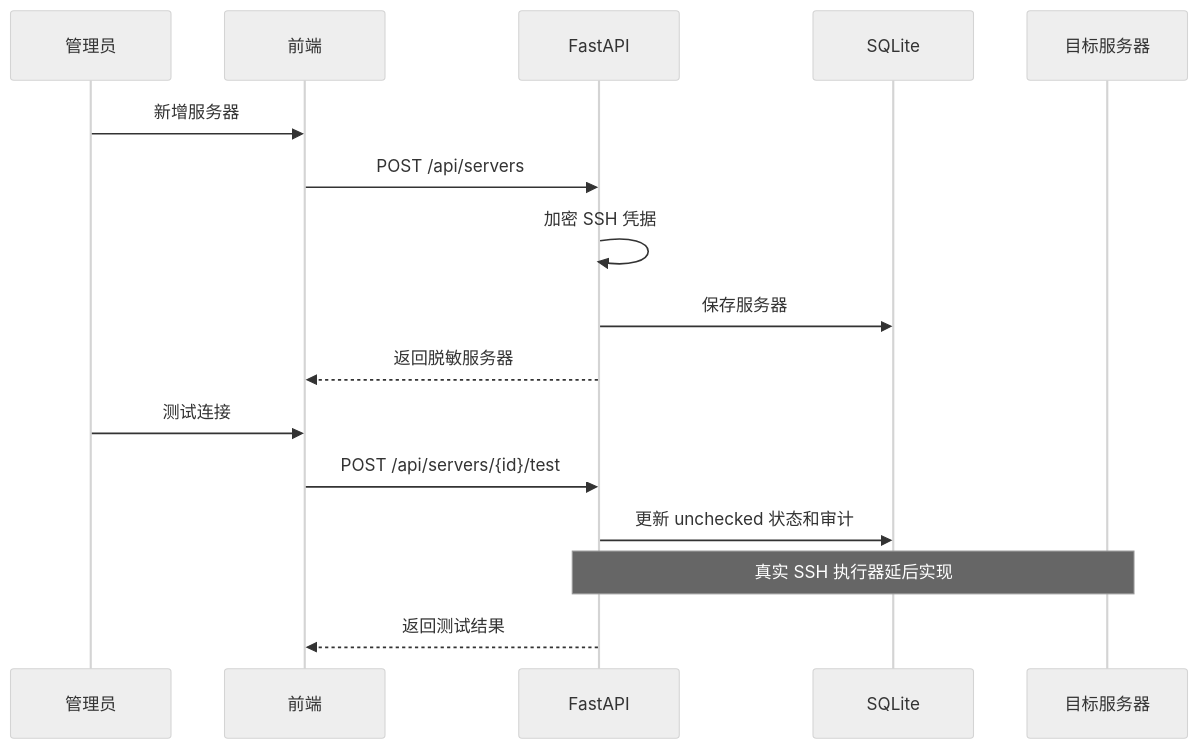
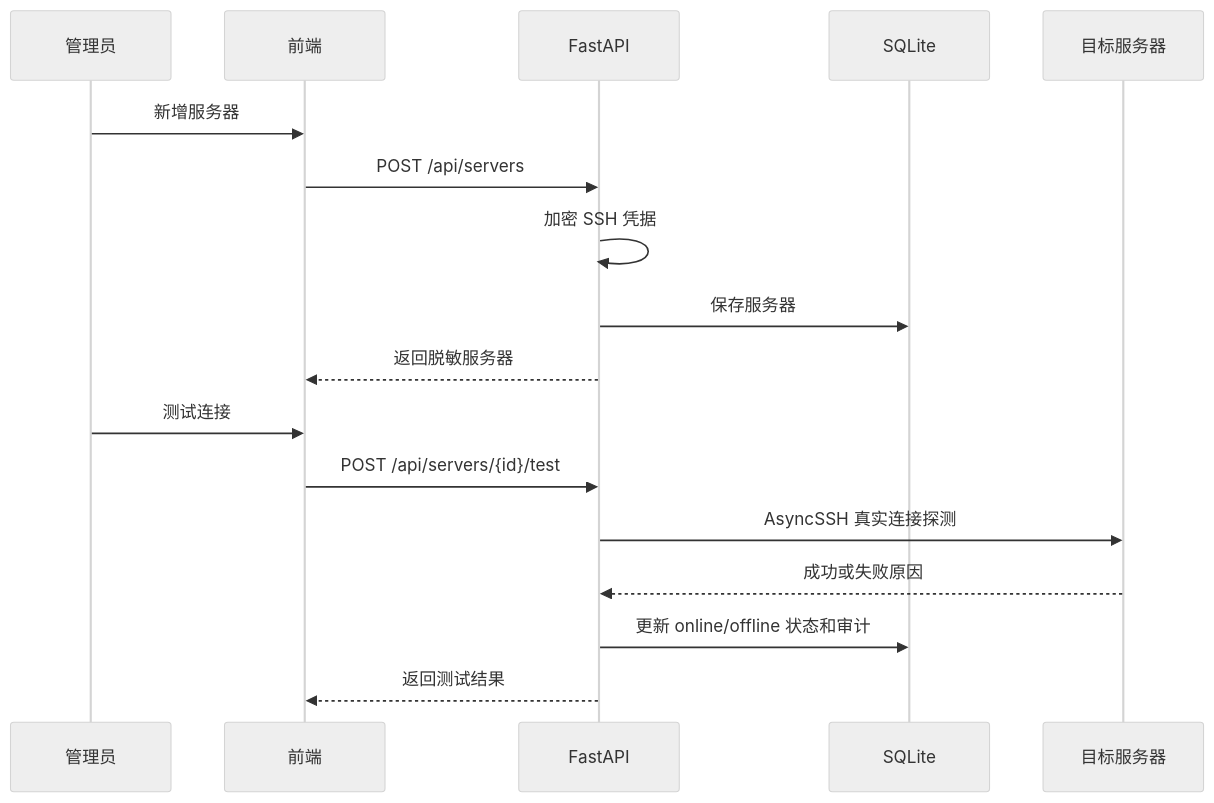
The third of 5 diagrams in docs/需求/Milestone-1-基础面板/architecture.md (a67164614/ai-agent-ssh), drawn with Mermaid (neutral theme) before and after one commit. The commit also changed other lines of this file and 27 other files, not shown here.

````diff
--- a/docs/需求/Milestone-1-基础面板/architecture.md
+++ b/docs/需求/Milestone-1-基础面板/architecture.md
@@ -73,18 +74,19 @@
 ```mermaid
 sequenceDiagram
   participant U as 管理员
   participant F as 前端
   participant B as FastAPI
   participant DB as SQLite
   participant SSH as 目标服务器
   U->>F: 新增服务器
   F->>B: POST /api/servers
   B->>B: 加密 SSH 凭据
   B->>DB: 保存服务器
   B-->>F: 返回脱敏服务器
   U->>F: 测试连接
   F->>B: POST /api/servers/{id}/test
-  B->>DB: 更新 unchecked 状态和审计
-  Note over B,SSH: 真实 SSH 执行器延后实现
+  B->>SSH: AsyncSSH 真实连接探测
+  SSH-->>B: 成功或失败原因
+  B->>DB: 更新 online/offline 状态和审计
   B-->>F: 返回测试结果
 ```
````
